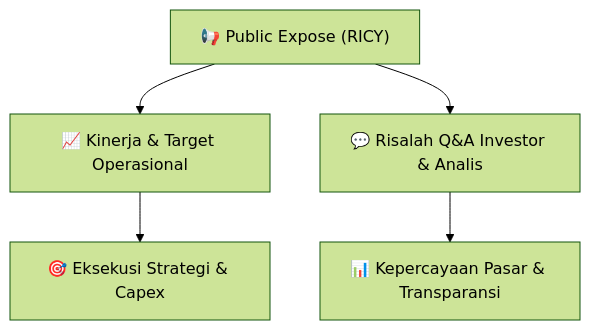
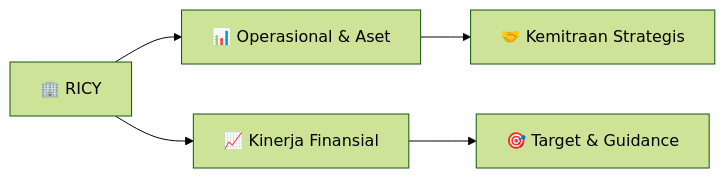
Before and after one commit to anYoneo/alphadigest-idx: the diagram in reports/summaries/public-exposes/informasi-pubex/RICY_Public_Expose_20260828.md, drawn with Mermaid (forest theme). The commit also changed other lines of this file and 526 other files, not shown here.

````diff
--- a/reports/summaries/public-exposes/informasi-pubex/RICY_Public_Expose_20260828.md
+++ b/reports/summaries/public-exposes/informasi-pubex/RICY_Public_Expose_20260828.md
@@ -28,7 +189,7 @@
 ```mermaid
-flowchart TD
-    A["📢 Public Expose (RICY)"] --> B["📈 Kinerja & Target Operasional"]
-    A --> C["💬 Risalah Q&A Investor & Analis"]
-    B --> D["🎯 Eksekusi Strategi & Capex"]
-    C --> E["📊 Kepercayaan Pasar & Transparansi"]
+flowchart LR
+    A["🏢 RICY"] --> B["📊 Operasional & Aset"]
+    A --> C["📈 Kinerja Finansial"]
+    B --> D["🤝 Kemitraan Strategis"]
+    C --> E["🎯 Target & Guidance"]
 ```
````
